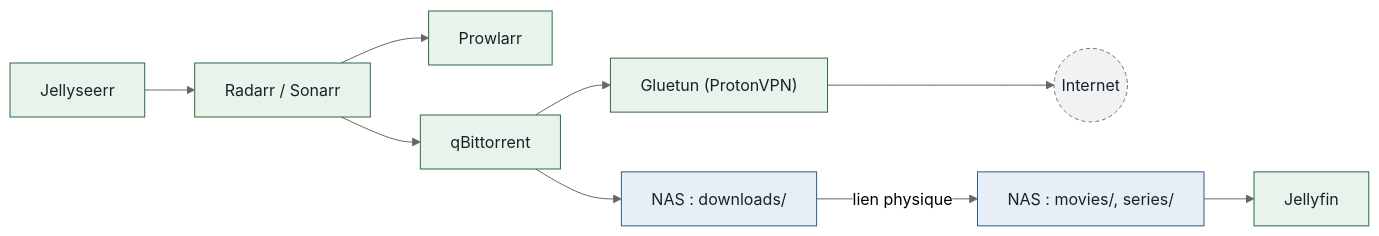
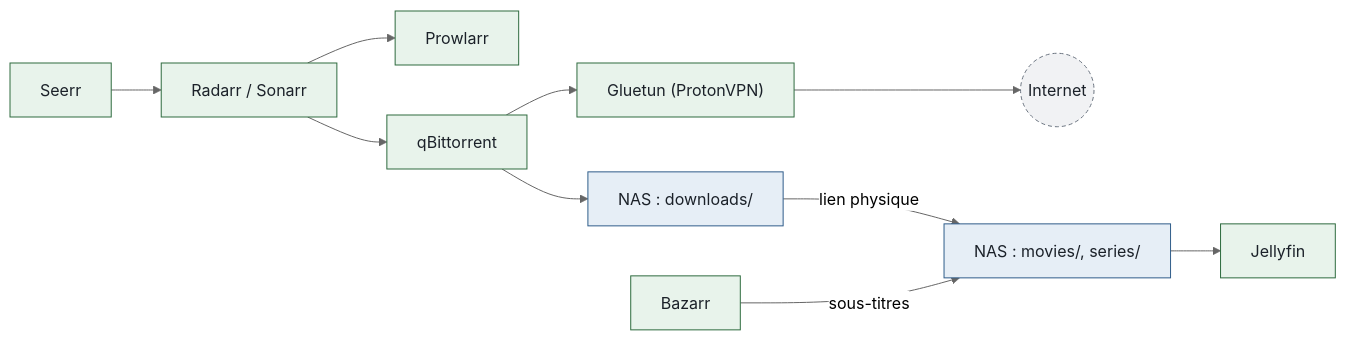
One commit to ims-world/docs changed the diagram in services/homeflix.md. Above: the diagram before and after it, drawn with Mermaid (neutral theme). The commit also changed other lines of this file and 7 other files, not shown here.

````diff
--- a/services/homeflix.md
+++ b/services/homeflix.md
@@ -54,18 +65,19 @@
 ```mermaid
 flowchart LR
-  seerr["Jellyseerr"] --> arr["Radarr / Sonarr"]
+  seerr["Seerr"] --> arr["Radarr / Sonarr"]
   arr --> prowl["Prowlarr"]
   arr --> qbit["qBittorrent"]
   qbit --> vpn["Gluetun (ProtonVPN)"]
   vpn --> net(("Internet"))
   qbit --> dl["NAS : downloads/"]
   dl -- "lien physique" --> lib["NAS : movies/, series/"]
+  bazarr["Bazarr"] -- "sous-titres" --> lib
   lib --> jf["Jellyfin"]
 
   classDef service fill:#e8f3eb,stroke:#2e6b3f,color:#1b2129
   classDef hote fill:#e6eef6,stroke:#2f5d8a,color:#1b2129
   classDef externe fill:#f1f2f4,stroke:#6b7480,color:#1b2129,stroke-dasharray:4 3
-  class seerr,arr,prowl,qbit,vpn,jf service
+  class seerr,arr,prowl,qbit,vpn,bazarr,jf service
   class dl,lib hote
   class net externe
 ```
````
